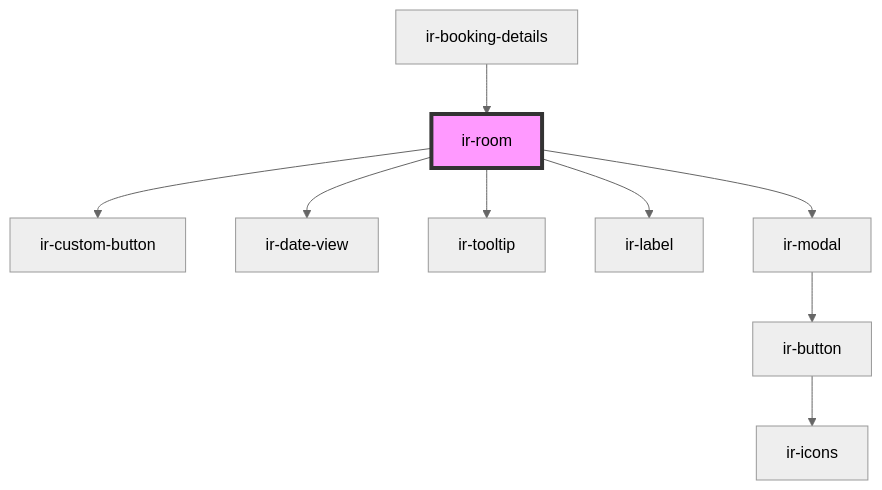
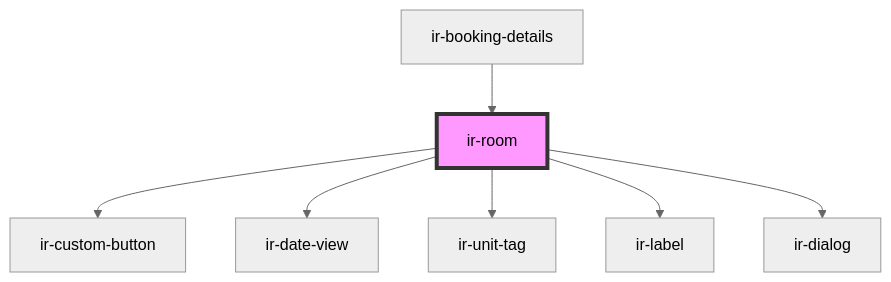
One commit to David1Chowaifaty/modified-ir-webcmp changed the diagram in src/components/ir-booking-details/ir-room/readme.md. Above: the diagram before and after it, drawn with Mermaid (neutral theme). The commit also changed other lines of this file and 69 other files, not shown here.

````diff
--- a/src/components/ir-booking-details/ir-room/readme.md
+++ b/src/components/ir-booking-details/ir-room/readme.md
@@ -61,12 +61,10 @@
 ```mermaid
 graph TD;
   ir-room --> ir-custom-button
   ir-room --> ir-date-view
-  ir-room --> ir-tooltip
+  ir-room --> ir-unit-tag
   ir-room --> ir-label
-  ir-room --> ir-modal
-  ir-modal --> ir-button
-  ir-button --> ir-icons
+  ir-room --> ir-dialog
   ir-booking-details --> ir-room
   style ir-room fill:#f9f,stroke:#333,stroke-width:4px
 ```
````
